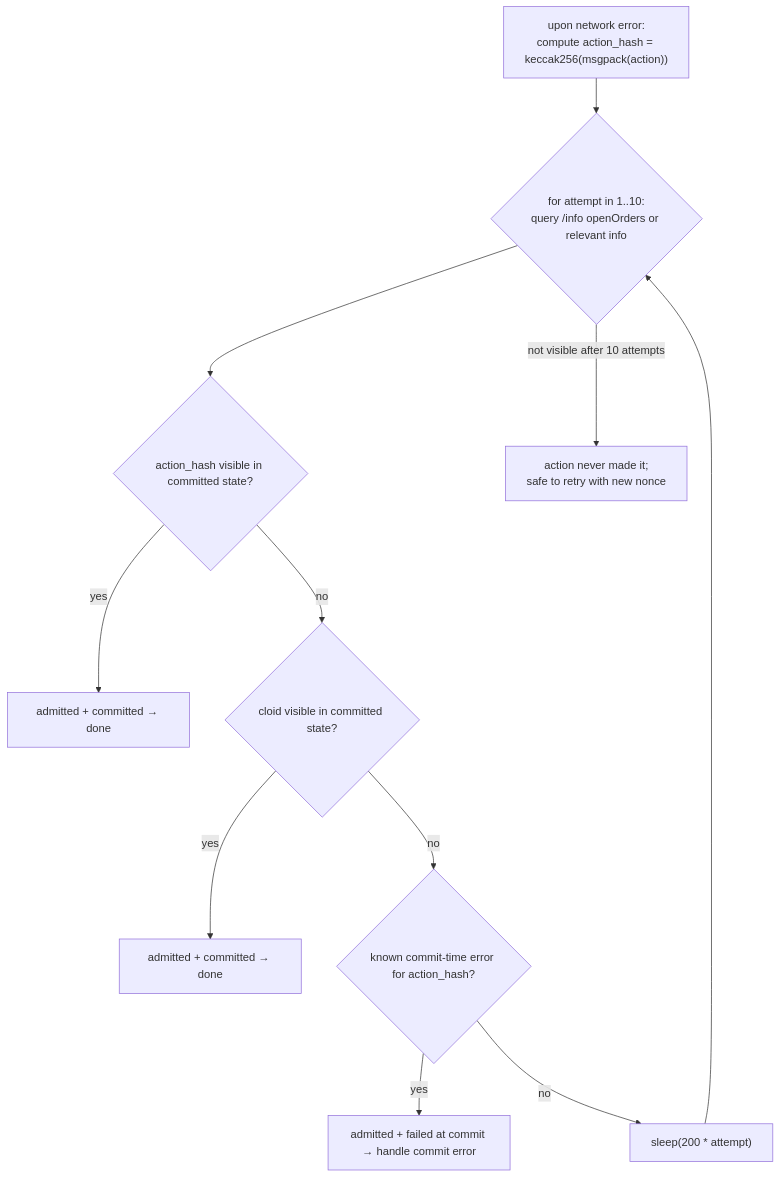
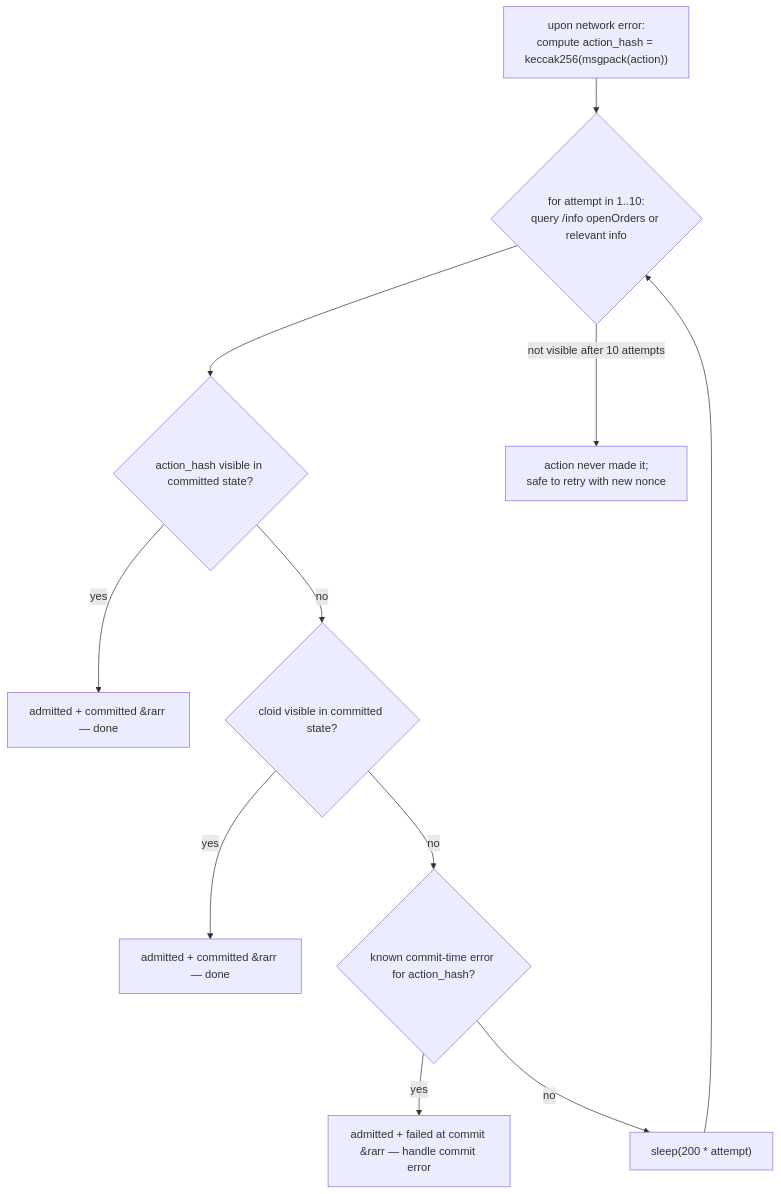
Before and after one commit to mtf-exchange/metaflux-knowledges: the third of 3 diagrams in docs/integration/error-handling.md, drawn with Mermaid. The commit also changed other lines of this file and 176 other files, not shown here.

First line of the commit message:
docs: split info by product, fix mermaid, drop sprint/diff wording, faster builds

````diff
--- a/docs/integration/error-handling.md
+++ b/docs/integration/error-handling.md
@@ -136,14 +136,14 @@
 ```mermaid
 flowchart TD
     E["upon network error:<br/>compute action_hash = keccak256(msgpack(action))"]
     E --> L{"for attempt in 1..10:<br/>query /info openOrders or relevant info"}
     L --> H{"action_hash visible in committed state?"}
-    H -->|yes| D1["admitted + committed &rarr; done"]
+    H -->|yes| D1["admitted + committed &rarr — done"]
     H -->|no| C{"cloid visible in committed state?"}
-    C -->|yes| D2["admitted + committed &rarr; done"]
+    C -->|yes| D2["admitted + committed &rarr — done"]
     C -->|no| K{"known commit-time error for action_hash?"}
-    K -->|yes| D3["admitted + failed at commit &rarr; handle commit error"]
+    K -->|yes| D3["admitted + failed at commit &rarr — handle commit error"]
     K -->|no| SL["sleep(200 * attempt)"]
     SL --> L
     L -->|not visible after 10 attempts| D4["action never made it;<br/>safe to retry with new nonce"]
 ```
````
